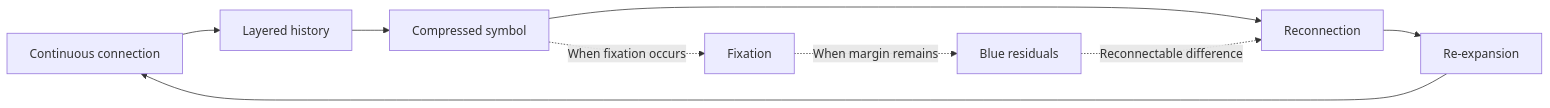
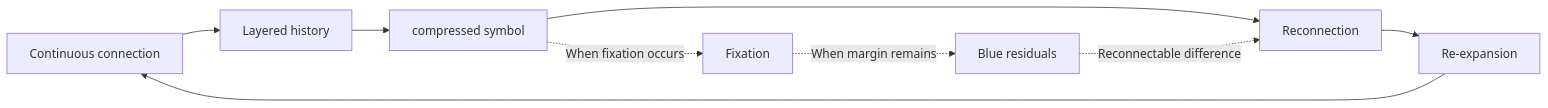
Before and after one commit to kuroam/hss-observation-notes: the diagram in docs/en/02_core_model.md, drawn with Mermaid. The commit also changed 6 other files, not shown here.

````diff
--- a/docs/en/02_core_model.md
+++ b/docs/en/02_core_model.md
@@ -38,12 +38,12 @@
 ```mermaid
 flowchart LR
 A[Continuous connection] --> B[Layered history]
-B --> C[Compressed symbol]
+B --> C[compressed symbol]
 C --> D[Reconnection]
 D --> E[Re-expansion]
 E --> A
 
 C -.When fixation occurs.-> F[Fixation]
 F -.When margin remains.-> G[Blue residuals]
 G -.Reconnectable difference.-> D
 ```
````
